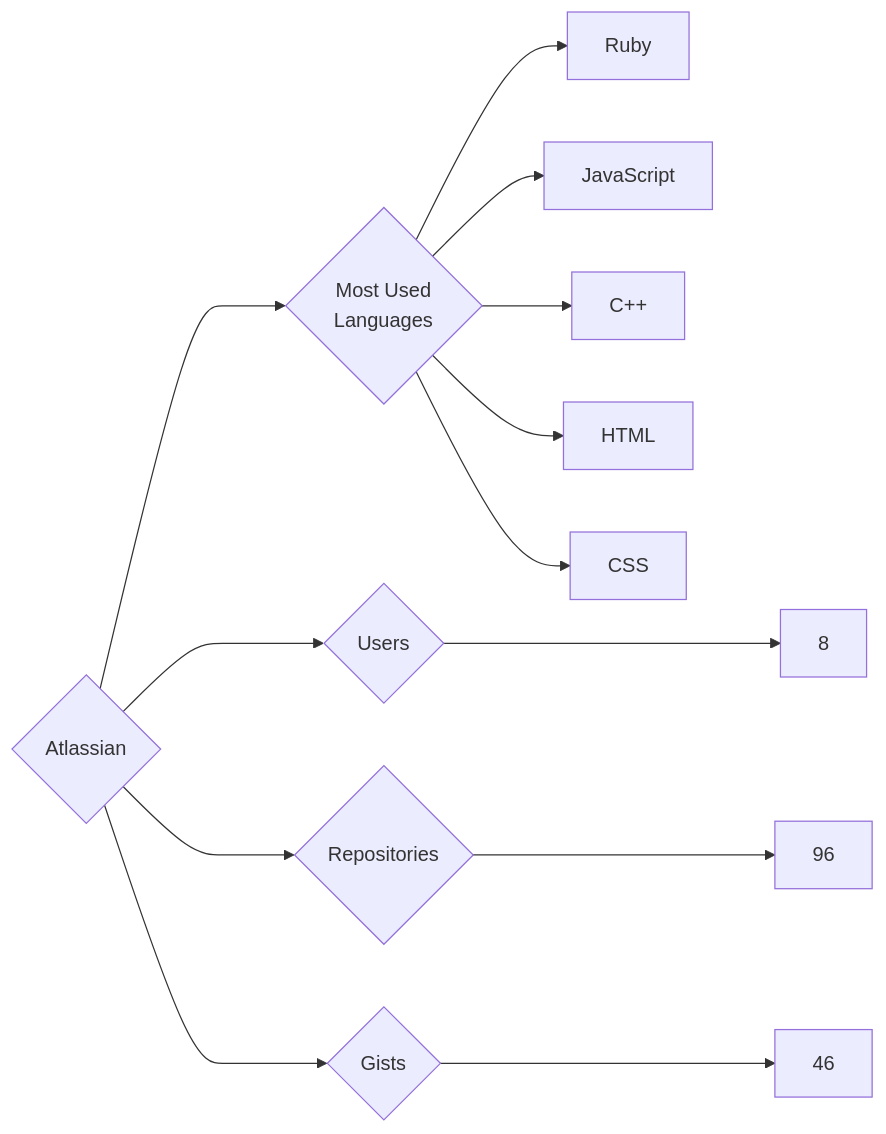
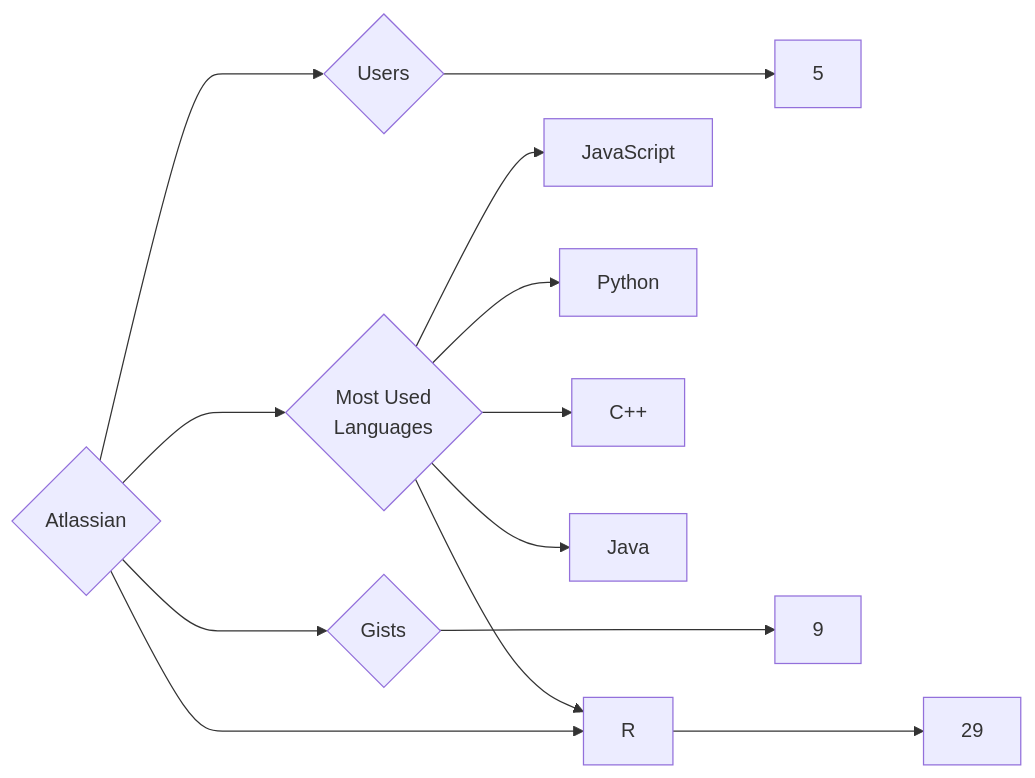
One commit to trickest/insiders changed the diagram in targets/Atlassian/README.md. Above: the diagram before and after it, drawn with Mermaid. The commit also changed 1055 other files, not shown here.

````diff
--- a/targets/Atlassian/README.md
+++ b/targets/Atlassian/README.md
@@ -3,13 +3,13 @@
 ```mermaid
 graph LR
 COMPANY_NAME{Atlassian}
-COMPANY_NAME ---> U{Users} ---> UN[8]
-COMPANY_NAME ---> R{Repositories} ---> RN[96]
-COMPANY_NAME ---> G{Gists} ---> GN[46]
+COMPANY_NAME ---> U{Users} ---> UN[5]
+COMPANY_NAME ---> R{Repositories} ---> RN[29]
+COMPANY_NAME ---> G{Gists} ---> GN[9]
 COMPANY_NAME ---> ML{Most Used<br>Languages}
-ML --> Ruby[Ruby]
 ML --> JavaScript[JavaScript]
+ML --> Python[Python]
 ML --> C++[C++]
-ML --> HTML[HTML]
-ML --> CSS[CSS]
+ML --> R[R]
+ML --> Java[Java]
 ```
````
